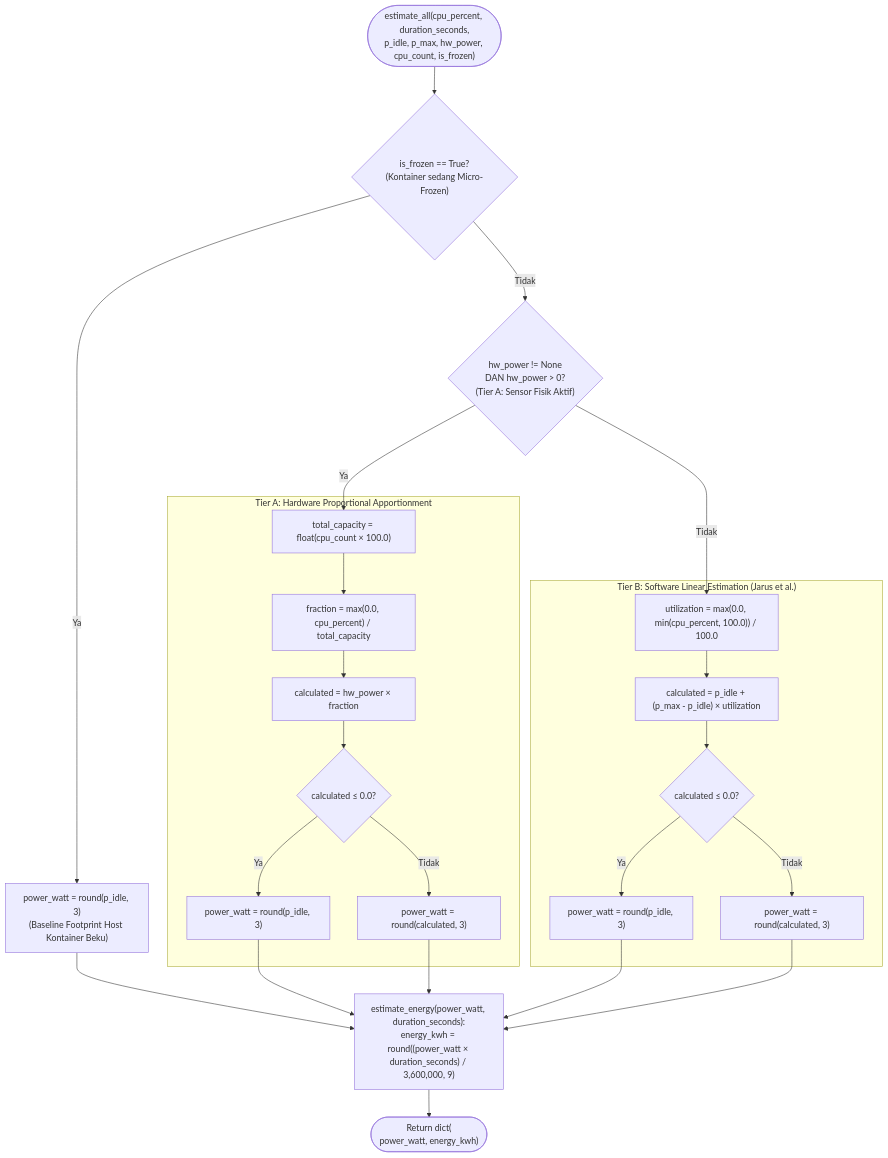
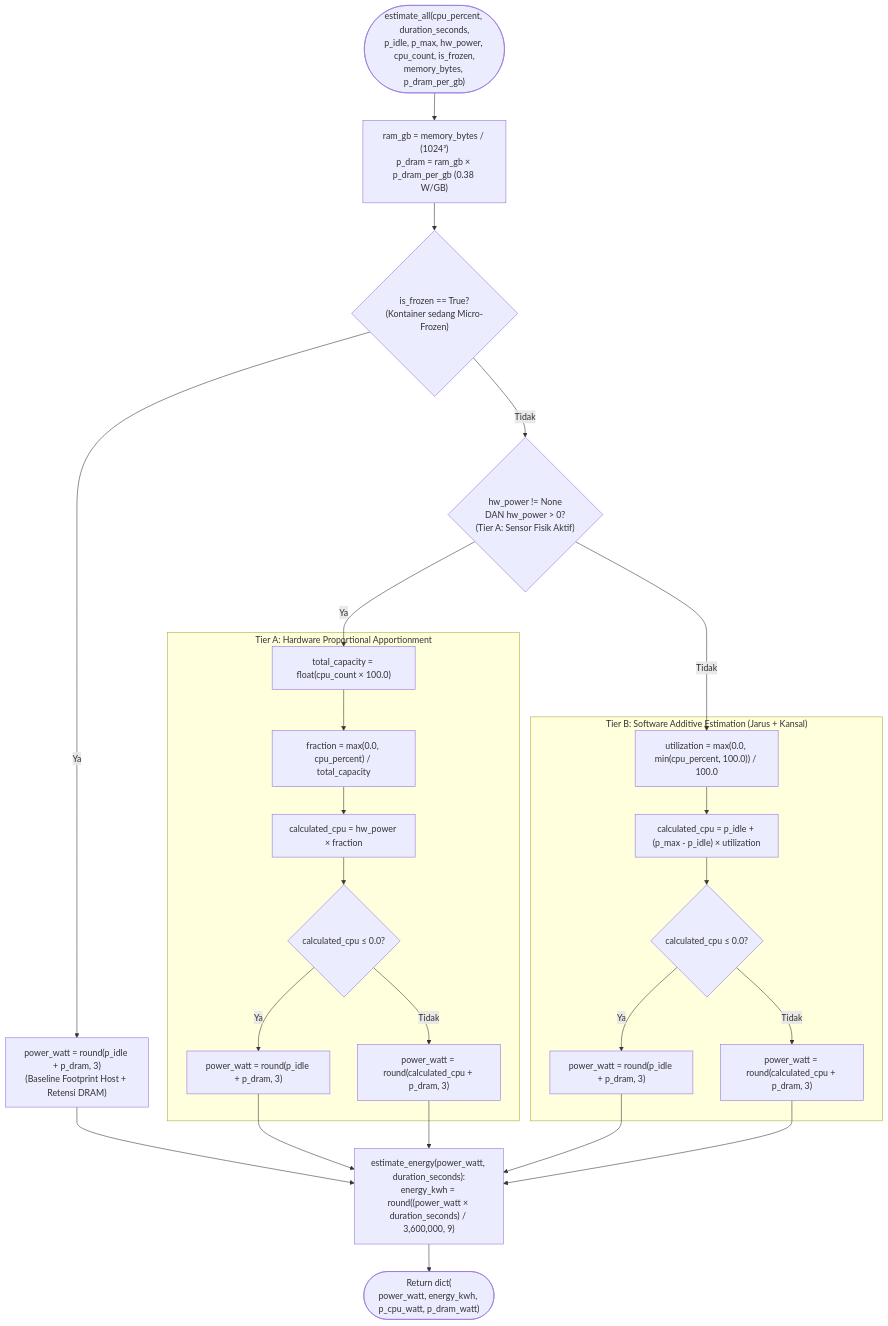
The first of 2 diagrams in architecture-diagrams/supplementary/01_energy_estimator.md (fauzanreza/green-container-framework), drawn with Mermaid before and after one commit. The commit also changed other lines of this file and 13 other files, not shown here.

Commit message:
Menyesuaikan diagram

````diff
--- a/architecture-diagrams/supplementary/01_energy_estimator.md
+++ b/architecture-diagrams/supplementary/01_energy_estimator.md
@@ -17,55 +20,58 @@
 ```mermaid
 flowchart TD
-    START(["estimate_all(cpu_percent, duration_seconds,<br/>p_idle, p_max, hw_power, cpu_count, is_frozen)"])
+    START(["estimate_all(cpu_percent, duration_seconds,<br/>p_idle, p_max, hw_power, cpu_count, is_frozen,<br/>memory_bytes, p_dram_per_gb)"])
+
+    CALC_DRAM["ram_gb = memory_bytes / (1024³)<br/>p_dram = ram_gb × p_dram_per_gb (0.38 W/GB)"]
 
     CHECK_FROZEN{"is_frozen == True?<br/>(Kontainer sedang Micro-Frozen)"}
-    SET_IDLE_POWER["power_watt = round(p_idle, 3)<br/>(Baseline Footprint Host Kontainer Beku)"]
+    SET_IDLE_POWER["power_watt = round(p_idle + p_dram, 3)<br/>(Baseline Footprint Host + Retensi DRAM)"]
 
-    CHECK_HW{"hw_power != None<br/>DAN hw_power &gt; 0?<br/>(Tier A: Sensor Fisik Aktif)"}
+    CHECK_HW{"hw_power != None<br/>DAN hw_power > 0?<br/>(Tier A: Sensor Fisik Aktif)"}
 
     subgraph HW_MODE["Tier A: Hardware Proportional Apportionment"]
         CALC_CAPACITY["total_capacity = float(cpu_count × 100.0)"]
         CALC_FRACTION["fraction = max(0.0, cpu_percent) / total_capacity"]
-        CALC_HW_WATT["calculated = hw_power × fraction"]
-        CHECK_HW_ZERO{"calculated ≤ 0.0?"}
-        HW_FALLBACK_IDLE["power_watt = round(p_idle, 3)"]
-        HW_FINAL["power_watt = round(calculated, 3)"]
+        CALC_HW_WATT["calculated_cpu = hw_power × fraction"]
+        CHECK_HW_ZERO{"calculated_cpu ≤ 0.0?"}
+        HW_FALLBACK_IDLE["power_watt = round(p_idle + p_dram, 3)"]
+        HW_FINAL["power_watt = round(calculated_cpu + p_dram, 3)"]
     end
 
-    subgraph SW_MODE["Tier B: Software Linear Estimation (Jarus et al.)"]
+    subgraph SW_MODE["Tier B: Software Additive Estimation (Jarus + Kansal)"]
         CALC_UTIL["utilization = max(0.0, min(cpu_percent, 100.0)) / 100.0"]
-        CALC_SW_WATT["calculated = p_idle + (p_max - p_idle) × utilization"]
-        CHECK_SW_ZERO{"calculated ≤ 0.0?"}
-        SW_FALLBACK_IDLE["power_watt = round(p_idle, 3)"]
-        SW_FINAL["power_watt = round(calculated, 3)"]
+        CALC_SW_WATT["calculated_cpu = p_idle + (p_max - p_idle) × utilization"]
+        CHECK_SW_ZERO{"calculated_cpu ≤ 0.0?"}
+        SW_FALLBACK_IDLE["power_watt = round(p_idle + p_dram, 3)"]
+        SW_FINAL["power_watt = round(calculated_cpu + p_dram, 3)"]
     end
 
     CALC_KWH["estimate_energy(power_watt, duration_seconds):<br/>energy_kwh = round((power_watt × duration_seconds) / 3,600,000, 9)"]
 
-    RETURN(["Return dict(<br/>power_watt, energy_kwh)"])
+    RETURN(["Return dict(<br/>power_watt, energy_kwh, p_cpu_watt, p_dram_watt)"])
 
-    START --> CHECK_FROZEN
+    START --> CALC_DRAM
+    CALC_DRAM --> CHECK_FROZEN
     CHECK_FROZEN -->|Ya| SET_IDLE_POWER
     CHECK_FROZEN -->|Tidak| CHECK_HW
 
     CHECK_HW -->|Ya| CALC_CAPACITY
     CALC_CAPACITY --> CALC_FRACTION
     CALC_FRACTION --> CALC_HW_WATT
     CALC_HW_WATT --> CHECK_HW_ZERO
     CHECK_HW_ZERO -->|Ya| HW_FALLBACK_IDLE
     CHECK_HW_ZERO -->|Tidak| HW_FINAL
 
     CHECK_HW -->|Tidak| CALC_UTIL
     CALC_UTIL --> CALC_SW_WATT
     CALC_SW_WATT --> CHECK_SW_ZERO
     CHECK_SW_ZERO -->|Ya| SW_FALLBACK_IDLE
     CHECK_SW_ZERO -->|Tidak| SW_FINAL
 
     SET_IDLE_POWER --> CALC_KWH
     HW_FALLBACK_IDLE --> CALC_KWH
     HW_FINAL --> CALC_KWH
     SW_FALLBACK_IDLE --> CALC_KWH
     SW_FINAL --> CALC_KWH
 
     CALC_KWH --> RETURN
 ```
````
